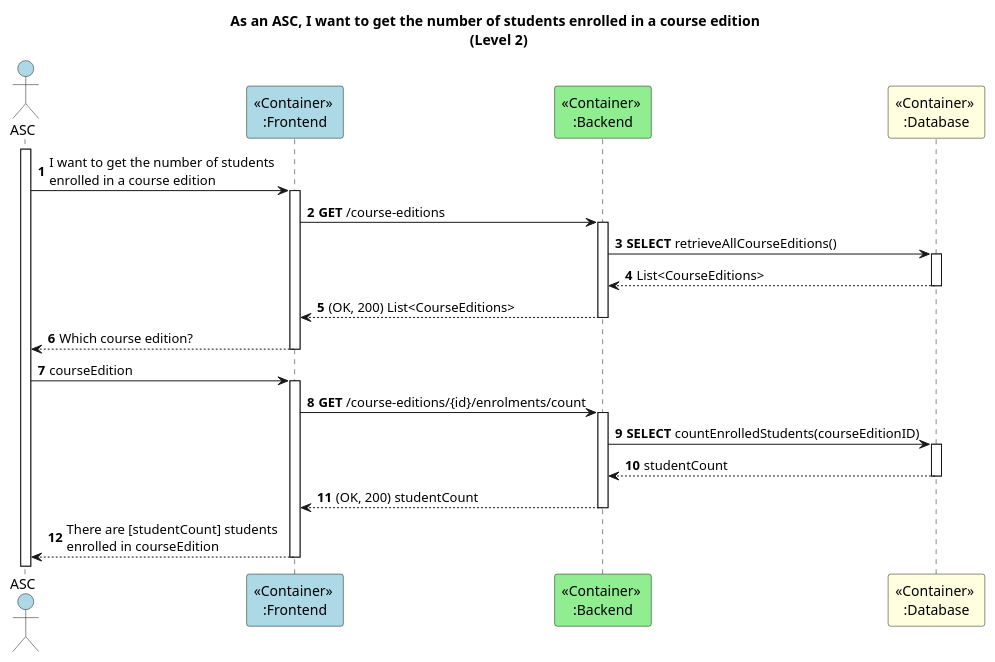
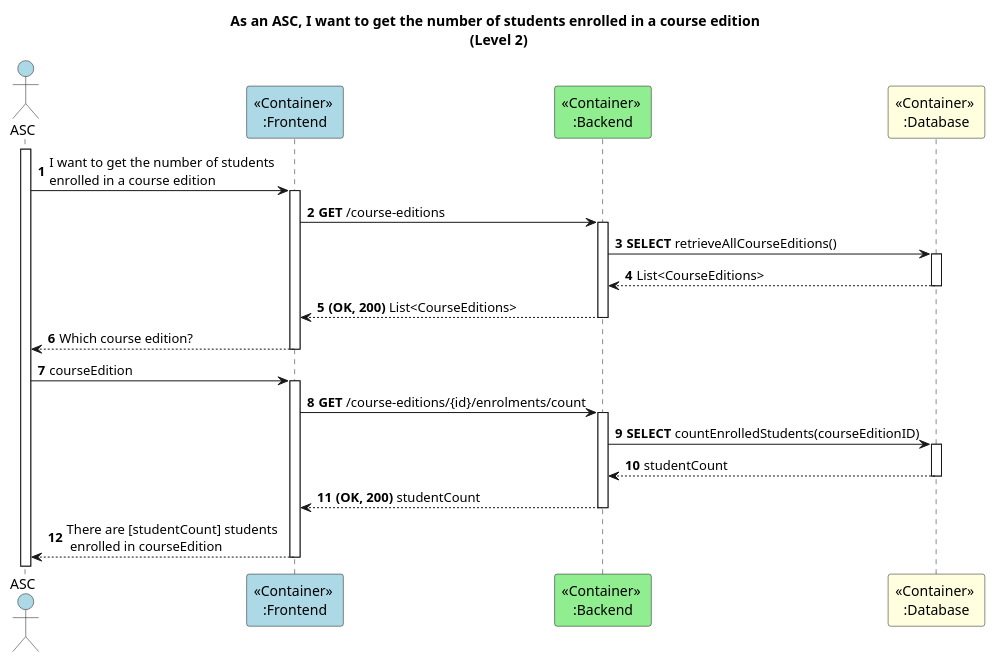
One commit to GasparISEP/DevOps-PAI changed the diagram in docs/US36/ProcessView/Level2.puml. Above: the diagram before and after it, drawn with PlantUML. The commit also changed 3 other files, not shown here.

Commit message:
Refs #652, #658: Refactor of US36 diagrams for aesthethic purposes

```diff
--- a/docs/US36/ProcessView/Level2.puml
+++ b/docs/US36/ProcessView/Level2.puml
@@ -1,26 +1,26 @@
 @startuml
 autonumber
 
 title As an ASC, I want to get the number of students enrolled in a course edition \n (Level 2)
 
 actor ASC as Admin #lightblue
 participant "<<Container>> \n:Frontend" as FE #lightblue
 participant "<<Container>> \n:Backend" as BE #lightgreen
 participant "<<Container>> \n:Database" as BD #lightyellow
 
 activate Admin
 Admin -> FE ++ : I want to get the number of students \nenrolled in a course edition
 FE -> BE ++ : **GET** /course-editions
 BE -> BD ++ : **SELECT** retrieveAllCourseEditions()
 BD --> BE --: List<CourseEditions>
-BE --> FE --: (OK, 200) List<CourseEditions>
+BE --> FE --: **(OK, 200)** List<CourseEditions>
 FE --> Admin --: Which course edition?
 
 Admin -> FE ++ : courseEdition
 FE -> BE ++ : **GET** /course-editions/{id}/enrolments/count
 
 BE -> BD ++ : **SELECT** countEnrolledStudents(courseEditionID)
 BD --> BE --: studentCount
-BE --> FE --: (OK, 200) studentCount
-FE --> Admin --: There are [studentCount] students \nenrolled in courseEdition
+BE --> FE --: **(OK, 200)** studentCount
+FE --> Admin --: There are [studentCount] students \n enrolled in courseEdition
 @enduml
```
